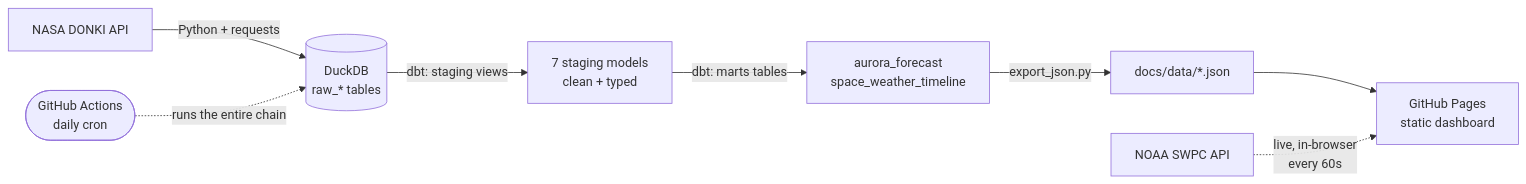
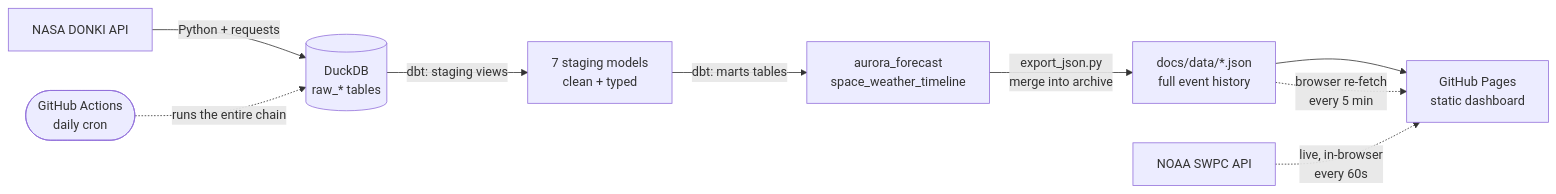
One commit to SayedOmarHashimi/donki-space-weather changed the diagram in README.md. Above: the diagram before and after it, drawn with Mermaid. The commit also changed other lines of this file, not shown here.

First line of the commit message:
Update README for interactive calendar and permanent archive

````diff
--- a/README.md
+++ b/README.md
@@ -25,10 +25,11 @@
 ```mermaid
 flowchart LR
     A[NASA DONKI API] -->|Python + requests| B[(DuckDB<br/>raw_* tables)]
     B -->|dbt: staging views| C[7 staging models<br/>clean + typed]
     C -->|dbt: marts tables| D[aurora_forecast<br/>space_weather_timeline]
-    D -->|export_json.py| E[docs/data/*.json]
+    D -->|export_json.py<br/>merge into archive| E[docs/data/*.json<br/>full event history]
     E --> F[GitHub Pages<br/>static dashboard]
+    E -.->|browser re-fetch<br/>every 5 min| F
     N[NOAA SWPC API] -.->|live, in-browser<br/>every 60s| F
     G([GitHub Actions<br/>daily cron]) -.->|runs the entire chain| B
 ```
````
